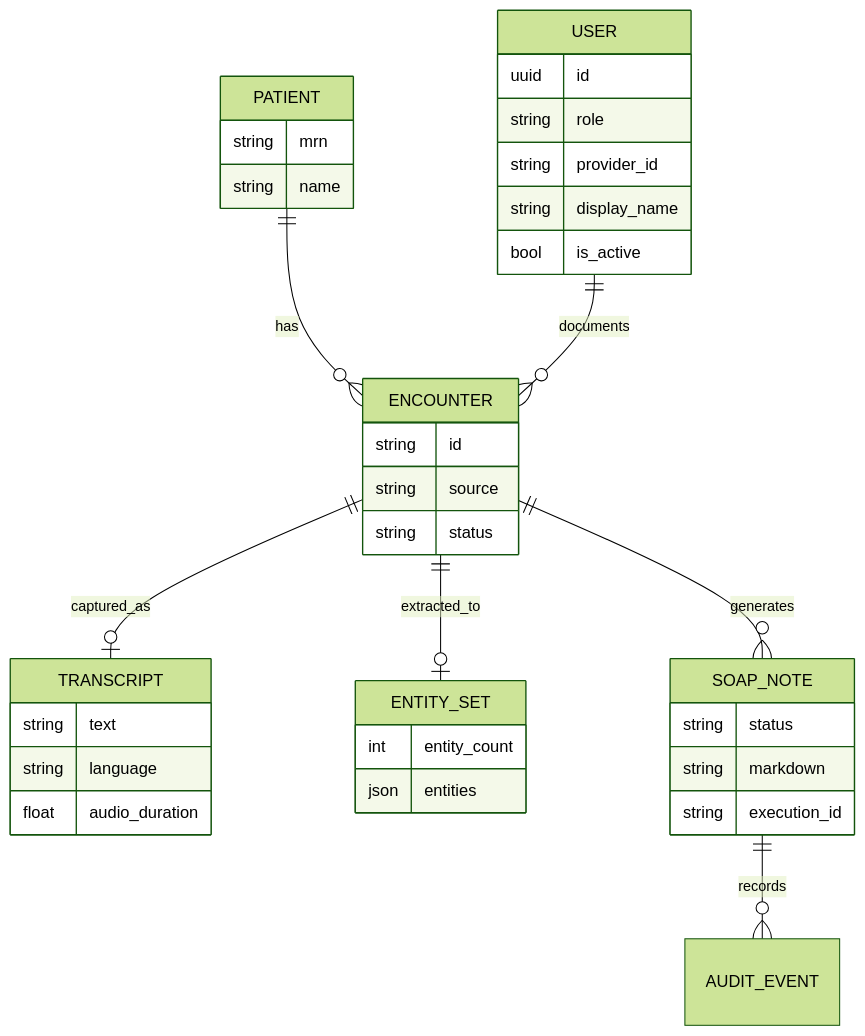
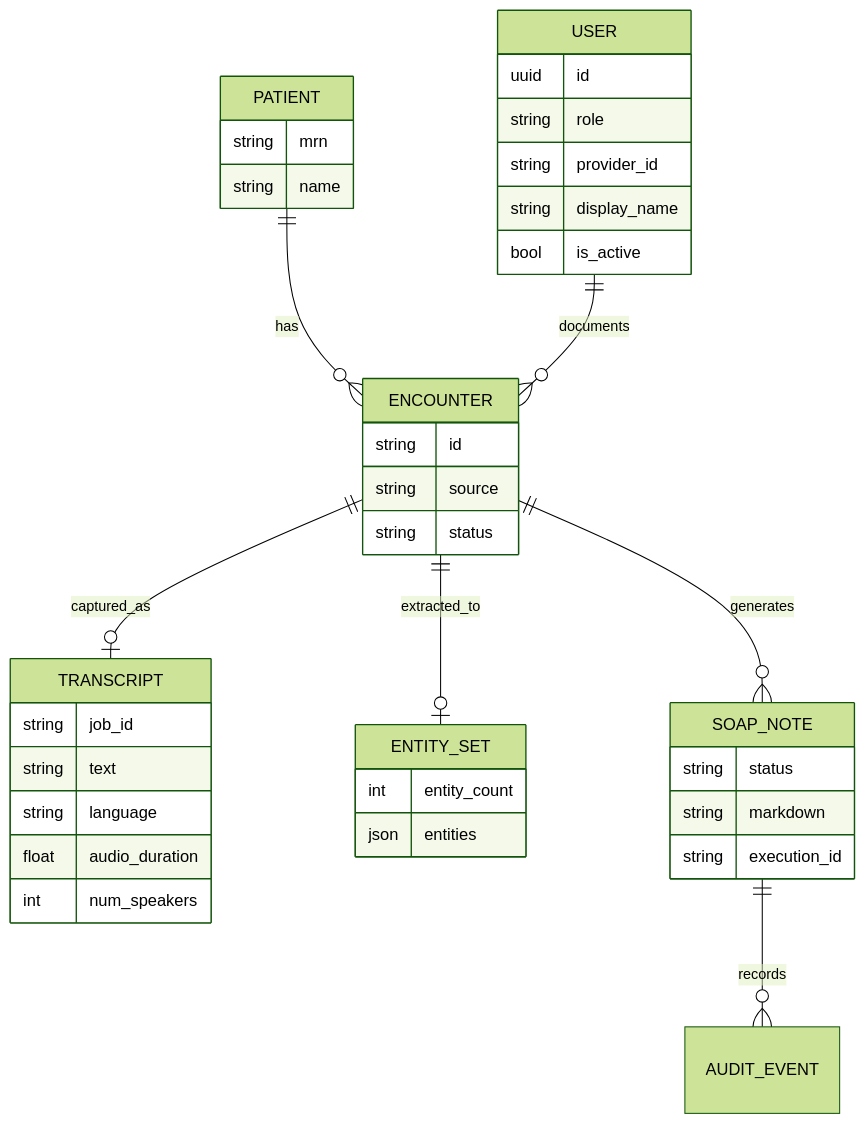
Before and after one commit to ajinkya-bhushan/outpatient-system: the first of 2 diagrams in docs/FEATURE_SPEC.md, drawn with Mermaid (forest theme). The commit also changed other lines of this file and 72 other files, not shown here.

````diff
--- a/docs/FEATURE_SPEC.md
+++ b/docs/FEATURE_SPEC.md
@@ -806,39 +918,41 @@
 ```mermaid
 erDiagram
     PATIENT ||--o{ ENCOUNTER : has
     USER ||--o{ ENCOUNTER : documents
     ENCOUNTER ||--o| TRANSCRIPT : captured_as
     ENCOUNTER ||--o| ENTITY_SET : extracted_to
     ENCOUNTER ||--o{ SOAP_NOTE : generates
     SOAP_NOTE ||--o{ AUDIT_EVENT : records
     PATIENT {
         string mrn
         string name
     }
     ENCOUNTER {
         string id
         string source
         string status
     }
     TRANSCRIPT {
+        string job_id
         string text
         string language
         float audio_duration
+        int num_speakers
     }
     ENTITY_SET {
         int entity_count
         json entities
     }
     USER {
         uuid id
         string role
         string provider_id
         string display_name
         bool is_active
     }
     SOAP_NOTE {
         string status
         string markdown
         string execution_id
     }
 ```
````
